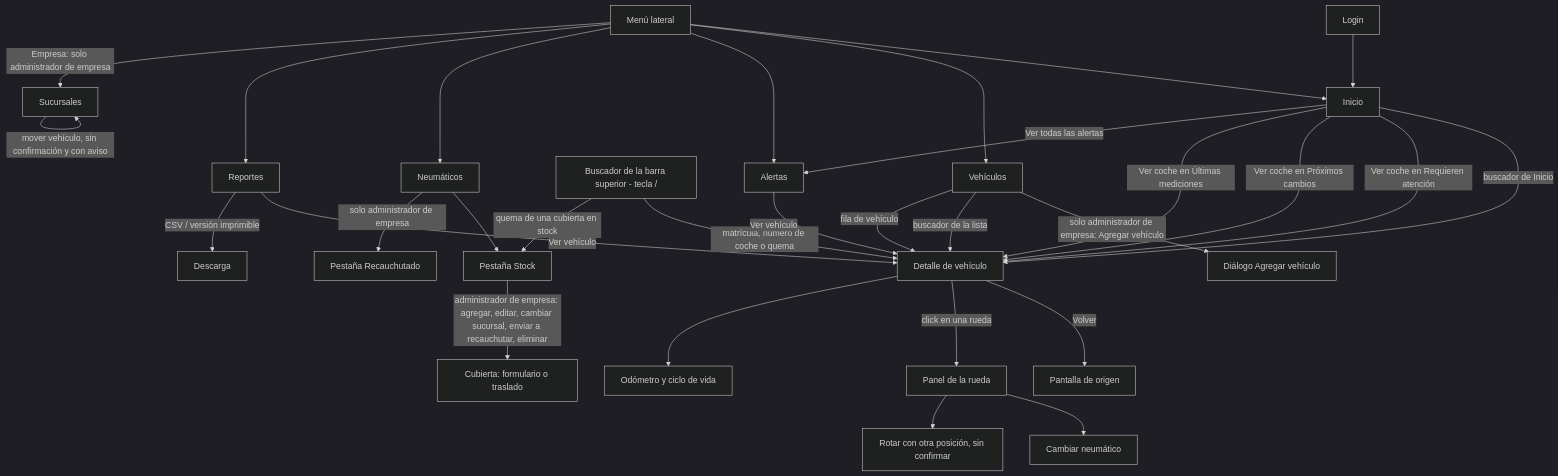
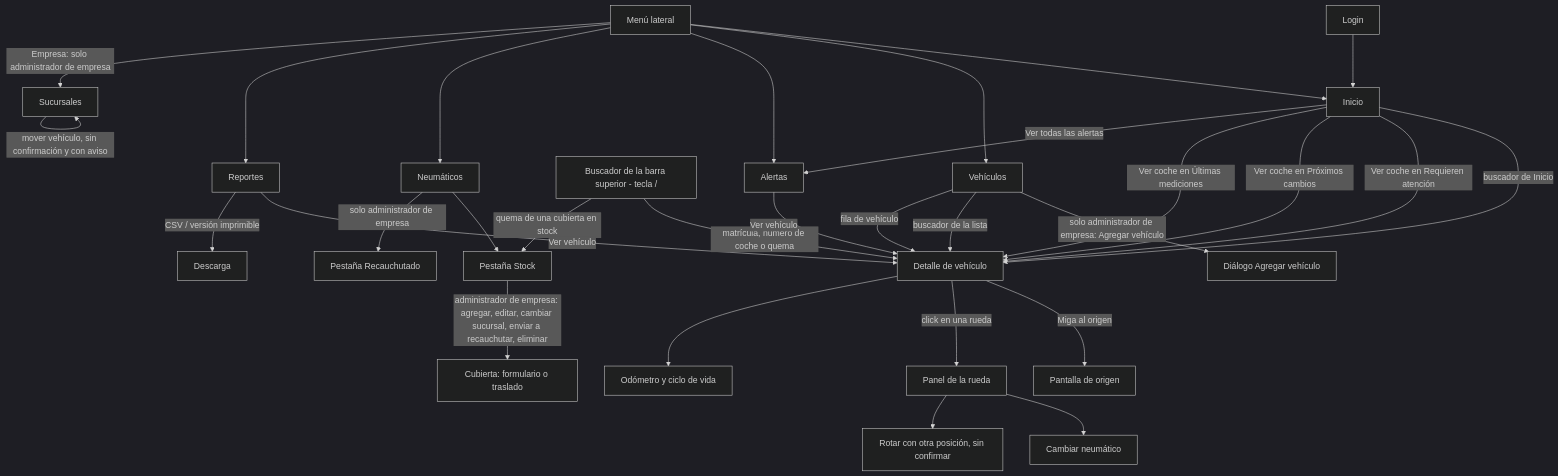
The first of 2 diagrams in docs/12-mapa-navegacion.md (EM-Organization/Neumet-Gestion), drawn with Mermaid (dark theme) before and after one commit. The commit also changed other lines of this file and 1 other file, not shown here.

Commit message:
docs: actualizar tablero y mapa de navegación con miga dinámica y URL del detalle

````diff
--- a/docs/12-mapa-navegacion.md
+++ b/docs/12-mapa-navegacion.md
@@ -30,33 +30,33 @@
 ```mermaid
 flowchart TD
   L[Login] --> I[Inicio]
   M[Menú lateral] --> I
   M --> V[Vehículos]
   M --> A[Alertas]
   M --> N[Neumáticos]
   N --> S[Pestaña Stock]
   N -->|solo administrador de empresa| RC[Pestaña Recauchutado]
   S -->|administrador de empresa: agregar, editar, cambiar sucursal, enviar a recauchutar, eliminar| SC[Cubierta: formulario o traslado]
   M --> R[Reportes]
   M -->|Empresa: solo administrador de empresa| SU[Sucursales]
   SU -->|crear, renombrar, eliminar| SU
   SU -->|mover vehículo, sin confirmación y con aviso| SU
   V -->|solo administrador de empresa: Agregar vehículo| VA[Diálogo Agregar vehículo]
   B[Buscador de la barra superior - tecla /] -->|matrícula, número de coche o quema| VD[Detalle de vehículo]
   B -->|quema de una cubierta en stock| S
   I -->|buscador de Inicio| VD
   I -->|Ver coche en Requieren atención| VD
   I -->|Ver coche en Próximos cambios| VD
   I -->|Ver coche en Últimas mediciones| VD
   I -->|Ver todas las alertas| A
   V -->|buscador de la lista| VD
   V -->|fila de vehículo| VD
   A -->|Ver vehículo| VD
   R -->|Ver vehículo| VD
-  VD -->|Volver| ORIGEN[Pantalla de origen]
+  VD -->|Miga al origen| ORIGEN[Pantalla de origen]
   VD -->|click en una rueda| PR[Panel de la rueda]
   PR --> CN[Cambiar neumático]
   PR --> RO[Rotar con otra posición, sin confirmar]
   VD --> OD[Odómetro y ciclo de vida]
   R -->|CSV / versión imprimible| X[Descarga]
 ```
````
